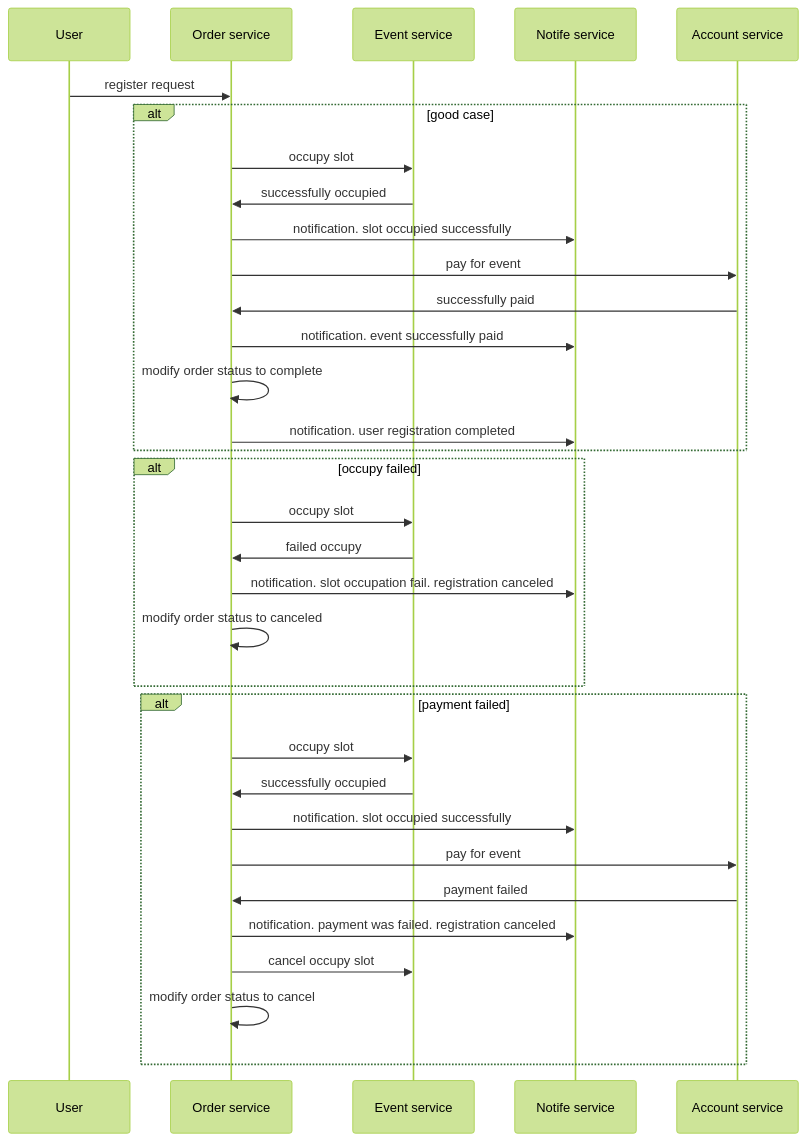
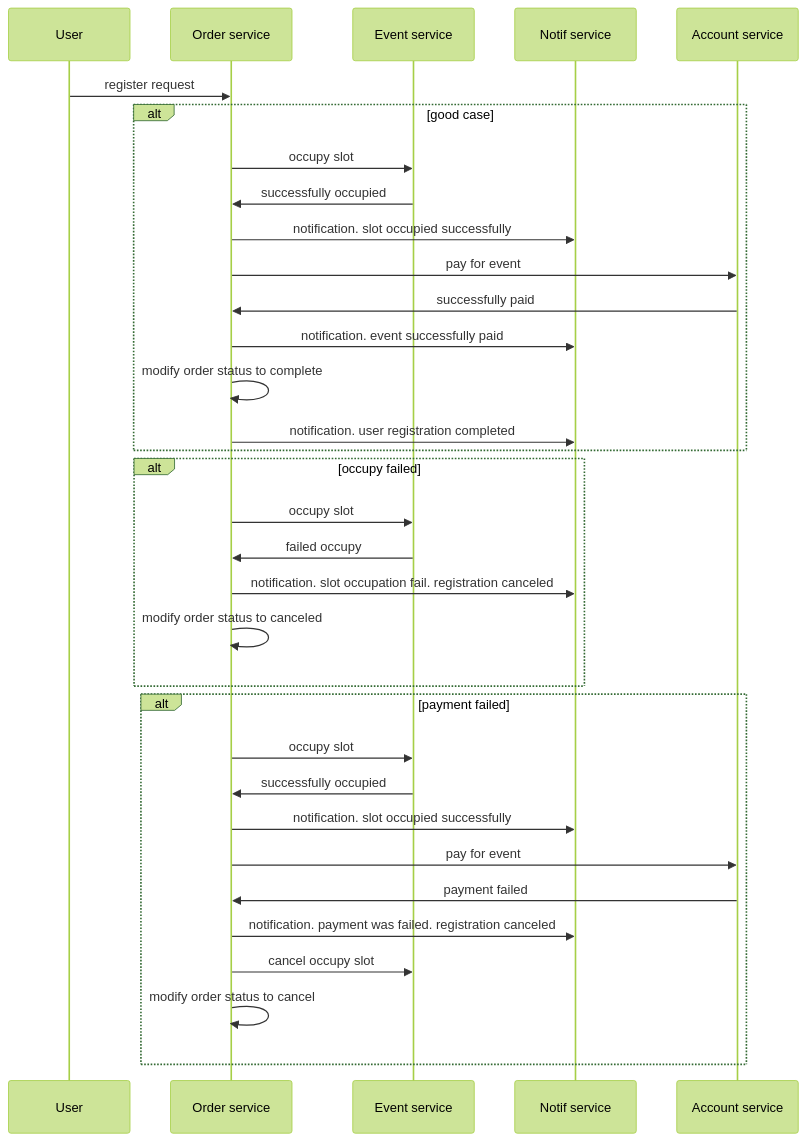
The diagram in README.md (xost/otus-proj), drawn with Mermaid (forest theme) before and after one commit.

````diff
--- a/README.md
+++ b/README.md
@@ -133,31 +133,31 @@
 ```mermaid
 %% регистрация на мероприятие
     sequenceDiagram
         User ->> Order service: register request
         alt good case
         Order service ->> Event service: occupy slot
         Event service ->> Order service: successfully occupied
-        Order service ->> Notife service: notification. slot occupied successfully
+        Order service ->> Notif service: notification. slot occupied successfully
         Order service ->> Account service: pay for event
         Account service ->> Order service: successfully paid
-        Order service ->> Notife service: notification. event successfully paid
+        Order service ->> Notif service: notification. event successfully paid
         Order service ->> Order service: modify order status to complete
-        Order service ->> Notife service: notification. user registration completed
+        Order service ->> Notif service: notification. user registration completed
         end
         alt occupy failed
         Order service ->> Event service: occupy slot
         Event service ->> Order service: failed occupy
-        Order service ->> Notife service: notification. slot occupation fail. registration canceled
+        Order service ->> Notif service: notification. slot occupation fail. registration canceled
         Order service ->> Order service: modify order status to canceled
         end
         alt payment failed
         Order service ->> Event service: occupy slot
         Event service ->> Order service: successfully occupied
-        Order service ->> Notife service: notification. slot occupied successfully
+        Order service ->> Notif service: notification. slot occupied successfully
         Order service ->> Account service: pay for event
         Account service ->> Order service: payment failed
-        Order service ->> Notife service: notification. payment was failed. registration canceled
+        Order service ->> Notif service: notification. payment was failed. registration canceled
         Order service ->> Event service: cancel occupy slot
         Order service ->> Order service: modify order status to cancel
         end
 ```
````
